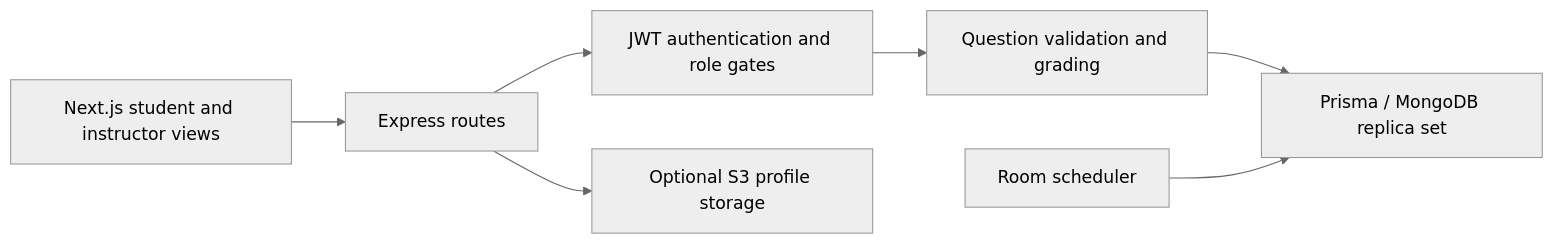
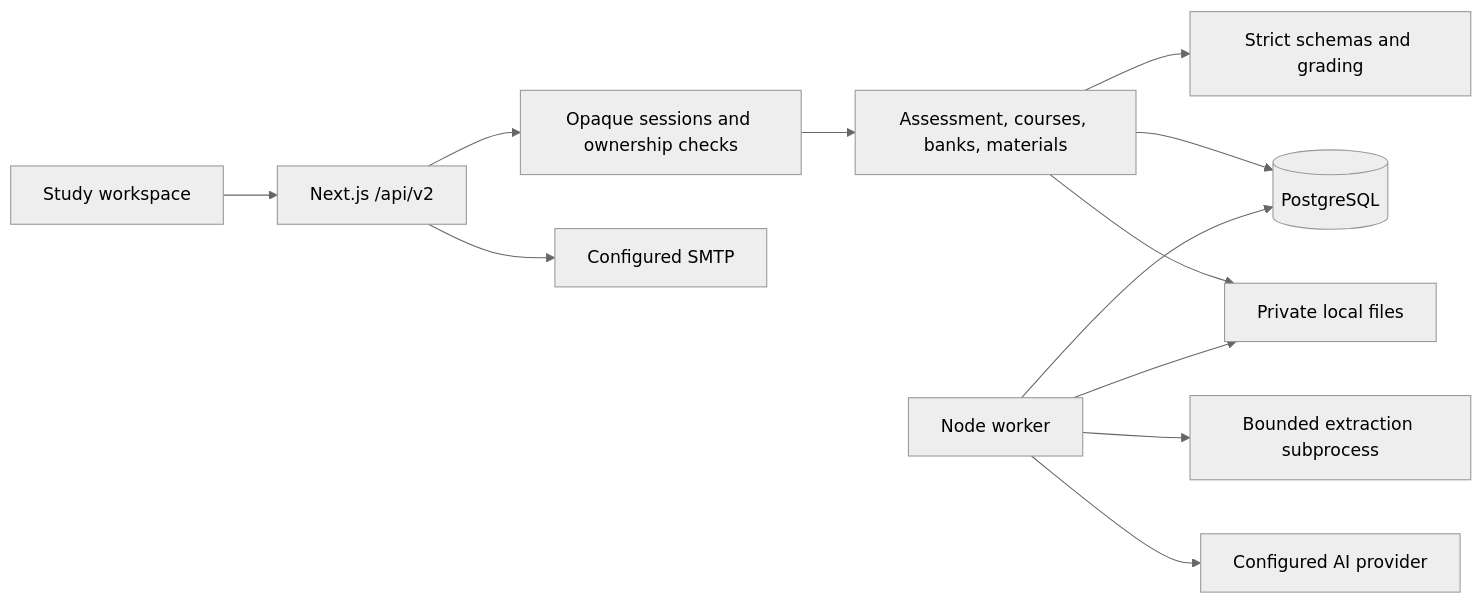
Before and after one commit to CSingh26/quiz-app: the diagram in docs/ARCHITECTURE.md, drawn with Mermaid (neutral theme). The commit also changed other lines of this file and 119 other files, not shown here.

Commit message:
feat: establish tested QuizBee 2.0 study and assessment baseline

````diff
--- a/docs/ARCHITECTURE.md
+++ b/docs/ARCHITECTURE.md
@@ -3,9 +5,14 @@
 ```mermaid
 flowchart LR
-  UI[Next.js student and instructor views] --> API[Express routes]
-  API --> Auth[JWT authentication and role gates]
-  Auth --> Domain[Question validation and grading]
-  Domain --> DB[Prisma / MongoDB replica set]
-  API --> S3[Optional S3 profile storage]
-  Cron[Room scheduler] --> DB
+  Browser[Study workspace] --> API[Next.js /api/v2]
+  API --> Auth[Opaque sessions and ownership checks]
+  Auth --> Services[Assessment, courses, banks, materials]
+  Services --> Domain[Strict schemas and grading]
+  Services --> DB[(PostgreSQL)]
+  Services --> Files[Private local files]
+  Worker[Node worker] --> DB
+  Worker --> Files
+  Worker --> Extract[Bounded extraction subprocess]
+  Worker --> AI[Configured AI provider]
+  API --> SMTP[Configured SMTP]
 ```
````
